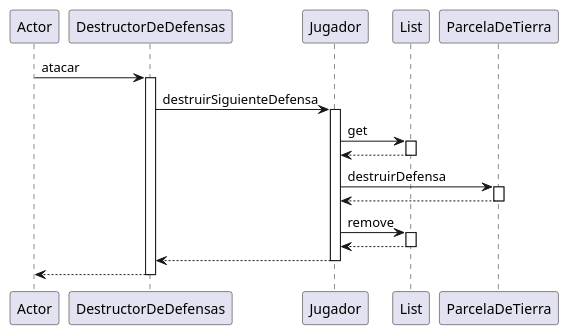
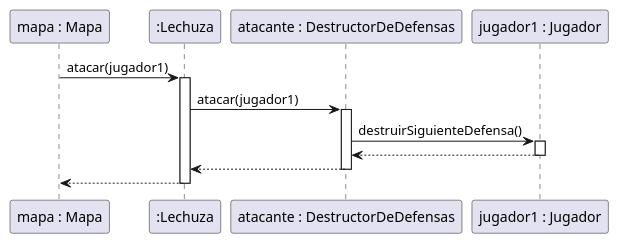
Before and after one commit to juanignaciogiacobbe/AlgoDefense_TP2: the diagram in diagrams/sequences/05lechuzaDestructorDeDefensas_atacar.puml, drawn with PlantUML. The commit also changed 3 other files, not shown here.

Commit message:
diagramas de secuencia ataque de enemigos a jugador

```diff
--- a/diagrams/sequences/05lechuzaDestructorDeDefensas_atacar.puml
+++ b/diagrams/sequences/05lechuzaDestructorDeDefensas_atacar.puml
@@ -1,22 +1,14 @@
 @startuml
-participant Actor
-Actor -> DestructorDeDefensas : atacar
-activate DestructorDeDefensas
-DestructorDeDefensas -> Jugador : destruirSiguienteDefensa
-activate Jugador
-Jugador -> List : get
-activate List
-List --> Jugador
-deactivate List
-Jugador -> ParcelaDeTierra : destruirDefensa
-activate ParcelaDeTierra
-ParcelaDeTierra --> Jugador
-deactivate ParcelaDeTierra
-Jugador -> List : remove
-activate List
-List --> Jugador
-deactivate List
-Jugador --> DestructorDeDefensas
-deactivate Jugador
-return
+ "mapa : Mapa" -> ":Lechuza": atacar(jugador1)
+        activate ":Lechuza"
+        ":Lechuza" -> "atacante : DestructorDeDefensas" : atacar(jugador1)
+        activate "atacante : DestructorDeDefensas"
+        "atacante : DestructorDeDefensas" -> "jugador1 : Jugador" : destruirSiguienteDefensa()
+        activate "jugador1 : Jugador"
+        "jugador1 : Jugador" --> "atacante : DestructorDeDefensas"
+        deactivate "jugador1 : Jugador"
+        "atacante : DestructorDeDefensas" --> ":Lechuza"
+        deactivate "atacante : DestructorDeDefensas"
+        ":Lechuza" --> "mapa : Mapa"
+        deactivate ":Lechuza"
 @enduml
```
